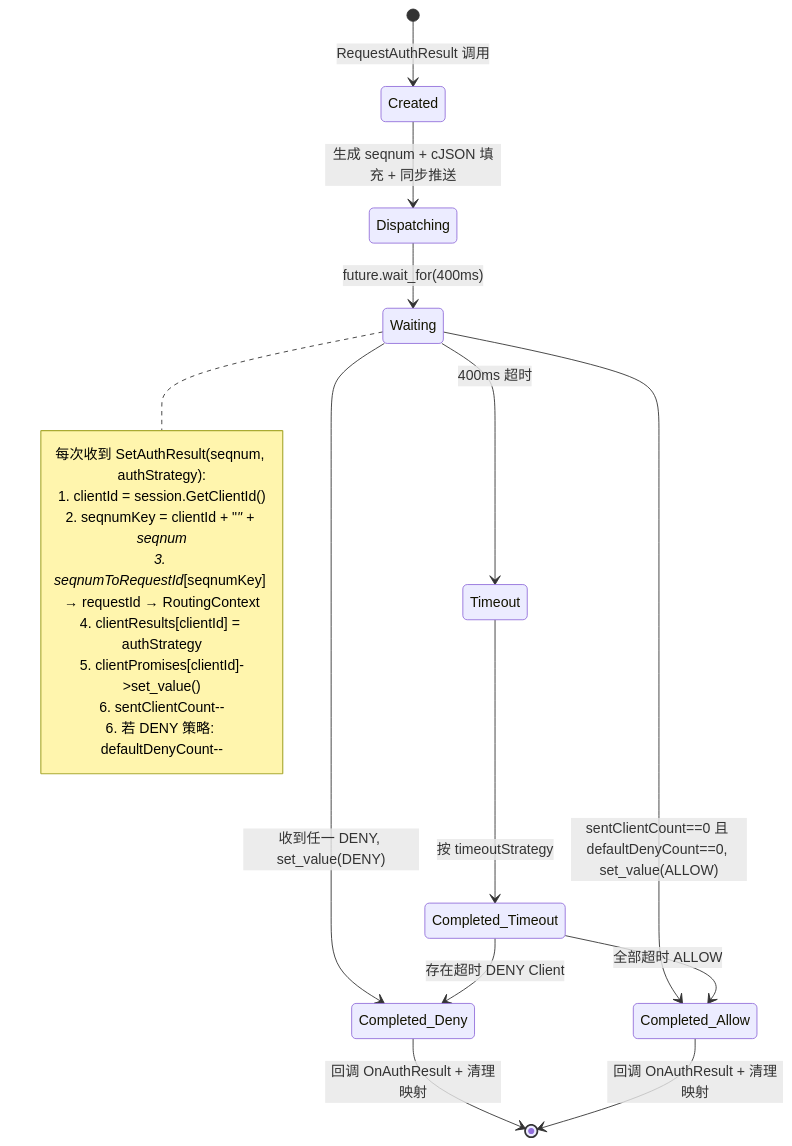
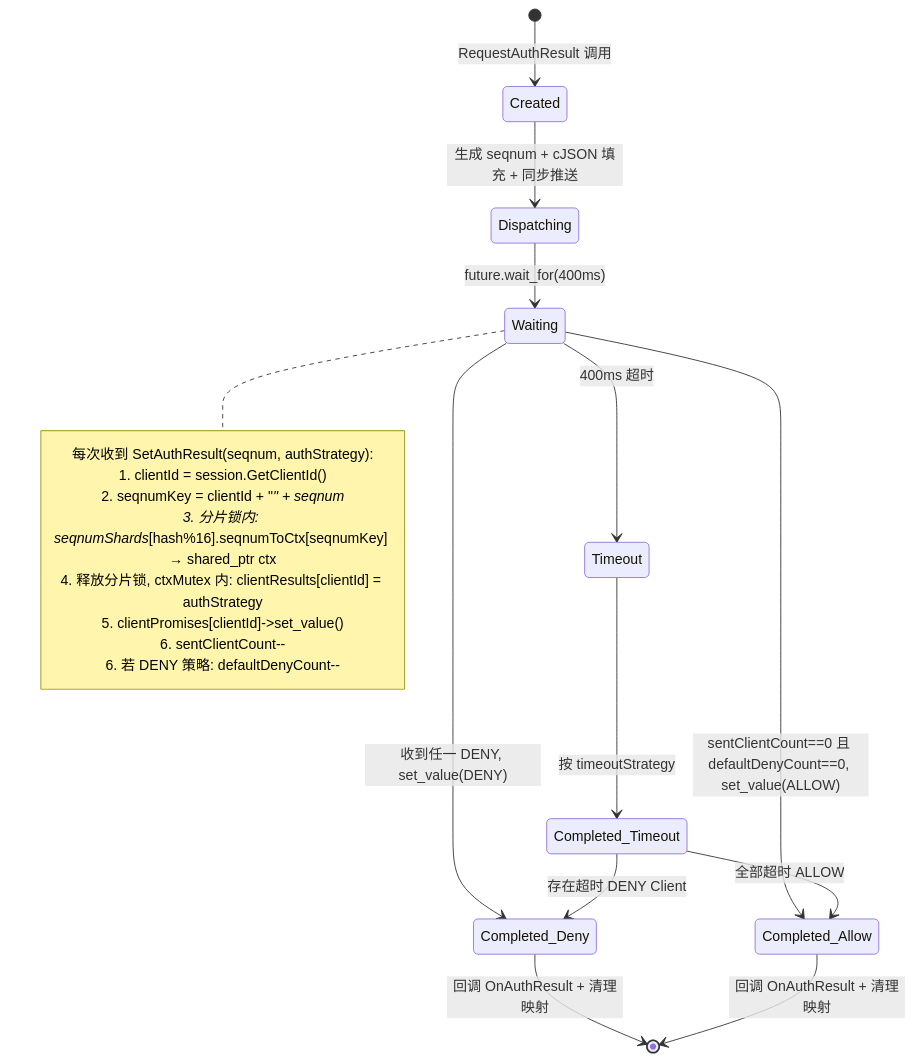
Before and after one commit to eclipse-oniro-mirrors/security_security_guard: the seventh of 10 diagrams in .sdd/SR-20260806903302/design-doc.md, drawn with Mermaid. The commit also changed other lines of this file and 19 other files, not shown here.

````diff
--- a/.sdd/SR-20260806903302/design-doc.md
+++ b/.sdd/SR-20260806903302/design-doc.md
@@ -326,28 +344,28 @@
 ```mermaid
 stateDiagram-v2
     [*] --> Created : RequestAuthResult 调用
     Created --> Dispatching : 生成 seqnum + cJSON 填充 + 同步推送
     Dispatching --> Waiting : future.wait_for(400ms)
 
     Waiting --> Completed_Deny : 收到任一 DENY, set_value(DENY)
     Waiting --> Completed_Allow : sentClientCount==0 且 defaultDenyCount==0, set_value(ALLOW)
     Waiting --> Timeout : 400ms 超时
 
     Timeout --> Completed_Timeout : 按 timeoutStrategy
     Completed_Timeout --> Completed_Deny : 存在超时 DENY Client
     Completed_Timeout --> Completed_Allow : 全部超时 ALLOW
 
     Completed_Deny --> [*] : 回调 OnAuthResult + 清理映射
     Completed_Allow --> [*] : 回调 OnAuthResult + 清理映射
 
     note right of Waiting
         每次收到 SetAuthResult(seqnum, authStrategy):
         1. clientId = session.GetClientId()
         2. seqnumKey = clientId + "_" + seqnum
-        3. seqnumToRequestId_[seqnumKey] → requestId → RoutingContext
-        4. clientResults[clientId] = authStrategy
+        3. 分片锁内: seqnumShards_[hash%16].seqnumToCtx[seqnumKey] → shared_ptr ctx
+        4. 释放分片锁, ctxMutex 内: clientResults[clientId] = authStrategy
         5. clientPromises[clientId]->set_value()
         6. sentClientCount--
         6. 若 DENY 策略: defaultDenyCount--
     end note
 ```
````
